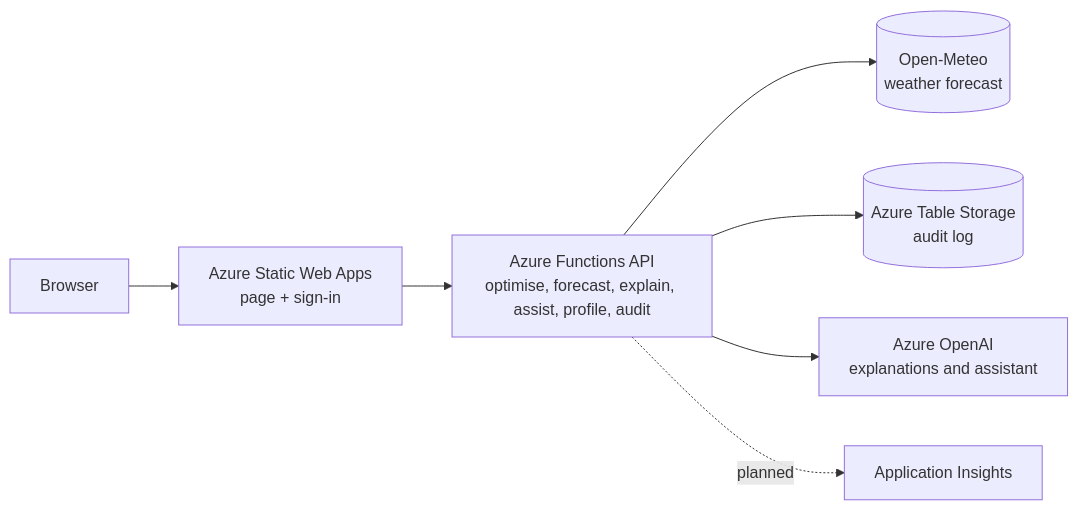
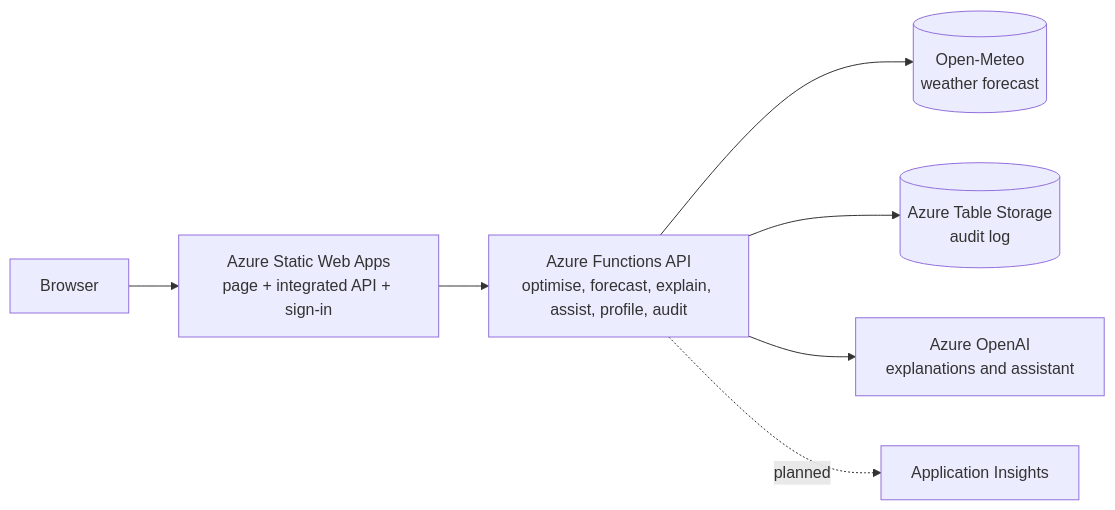
The diagram in README.md (Gohn905/AI4), drawn with Mermaid before and after one commit. The commit also changed other lines of this file, not shown here.

````diff
--- a/README.md
+++ b/README.md
@@ -19,9 +19,9 @@
 ```mermaid
 flowchart LR
-  U[Browser] --> SWA[Azure Static Web Apps<br/>page + sign-in]
+  U[Browser] --> SWA[Azure Static Web Apps<br/>page + integrated API + sign-in]
   SWA --> API[Azure Functions API<br/>optimise, forecast, explain, assist, profile, audit]
   API --> OM[(Open-Meteo<br/>weather forecast)]
   API --> TS[(Azure Table Storage<br/>audit log)]
   API --> AI[Azure OpenAI<br/>explanations and assistant]
   API -.planned.-> AIN[Application Insights]
 ```
````
